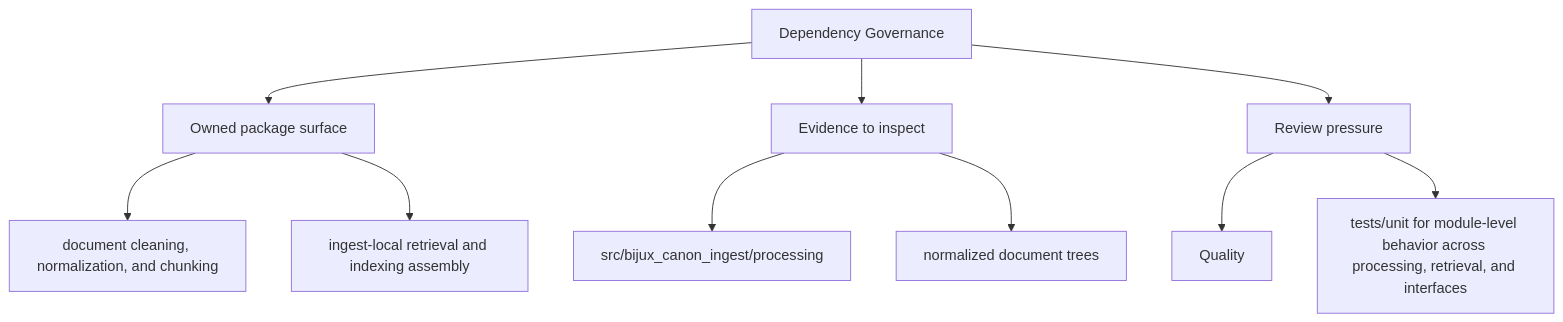
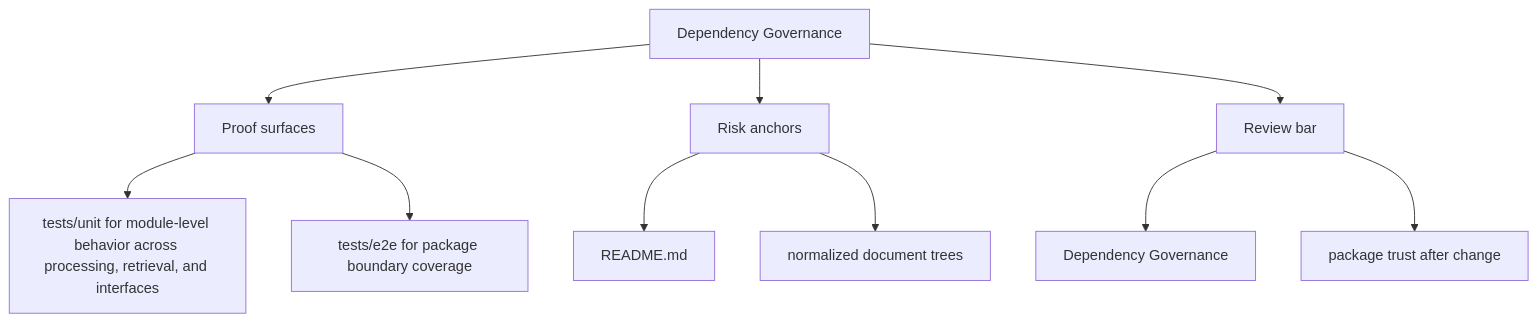
Before and after one commit to bijux/bijux-canon: the second of 2 diagrams in docs/bijux-canon-ingest/quality/dependency-governance.md, drawn with Mermaid. The commit also changed other lines of this file and 250 other files, not shown here.

Commit message:
docs(diagrams): make product page maps more readable

````diff
--- a/docs/bijux-canon-ingest/quality/dependency-governance.md
+++ b/docs/bijux-canon-ingest/quality/dependency-governance.md
@@ -35,22 +35,22 @@
 ```mermaid
 flowchart TD
     page["Dependency Governance"]
-    focus1["Owned package surface"]
+    focus1["Proof surfaces"]
     page --> focus1
-    focus1_1["document cleaning, normalization, and chunking"]
+    focus1_1["tests/unit for module-level behavior across processing, retrieval, and interfaces"]
     focus1 --> focus1_1
-    focus1_2["ingest-local retrieval and indexing assembly"]
+    focus1_2["tests/e2e for package boundary coverage"]
     focus1 --> focus1_2
-    focus2["Evidence to inspect"]
+    focus2["Risk anchors"]
     page --> focus2
-    focus2_1["src/bijux_canon_ingest/processing"]
+    focus2_1["README.md"]
     focus2 --> focus2_1
     focus2_2["normalized document trees"]
     focus2 --> focus2_2
-    focus3["Review pressure"]
+    focus3["Review bar"]
     page --> focus3
-    focus3_1["Quality"]
+    focus3_1["Dependency Governance"]
     focus3 --> focus3_1
-    focus3_2["tests/unit for module-level behavior across processing, retrieval, and interfaces"]
+    focus3_2["package trust after change"]
     focus3 --> focus3_2
 ```
````
